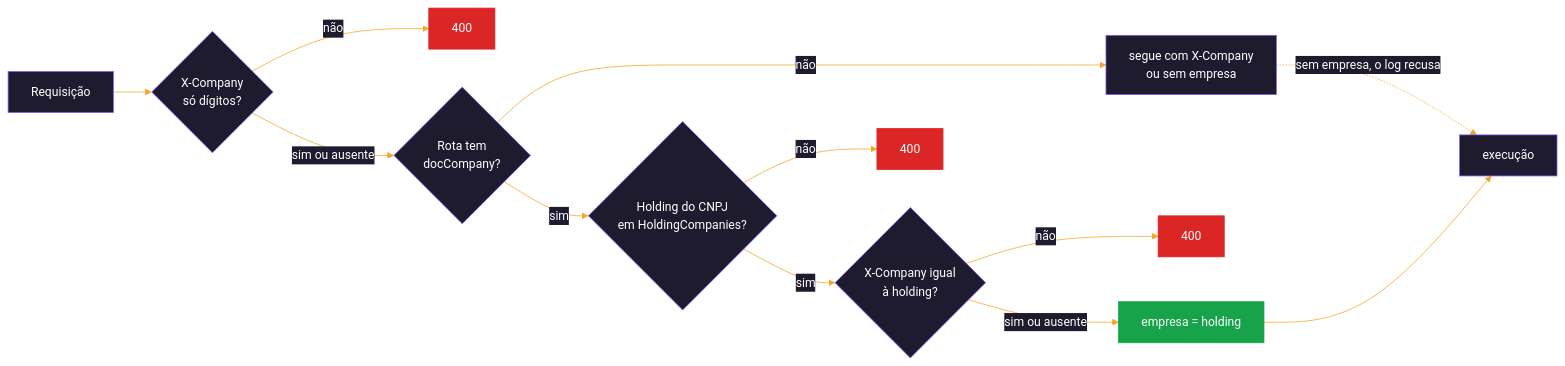
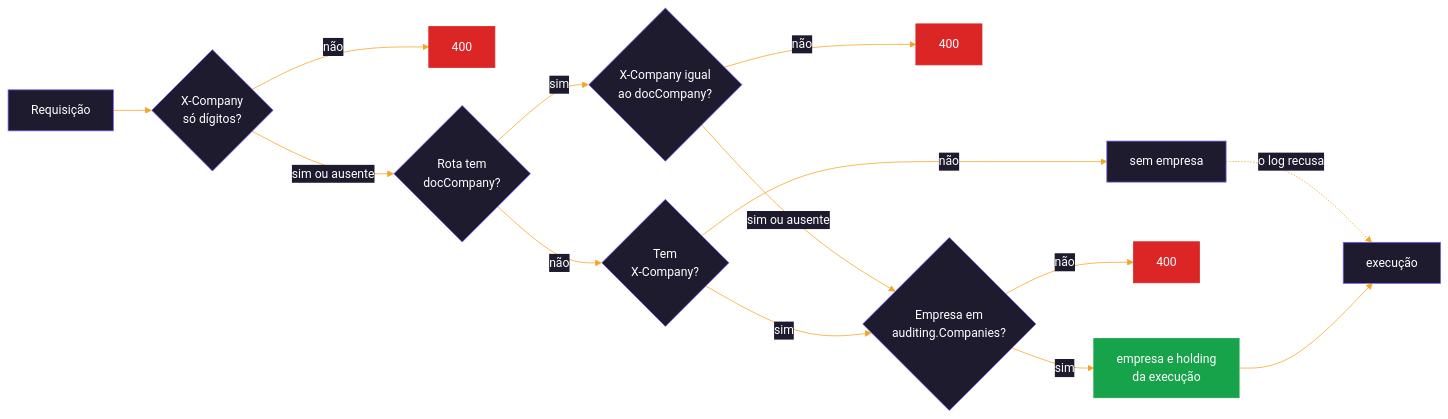
Before and after one commit to cayo-kume/extract-transform-load-integrations-system: the seventh of 11 diagrams in README.md, drawn with Mermaid. The commit also changed other lines of this file and 121 other files, not shown here.

````diff
--- a/README.md
+++ b/README.md
@@ -352,20 +355,22 @@
 ```mermaid
 %%{init: {'theme':'base','themeVariables':{'primaryColor':'#1e1b2e','primaryTextColor':'#ffffff','primaryBorderColor':'#7c5cff','lineColor':'#f5a524','textColor':'#1e1b2e','clusterBkg':'#f5f3ff','clusterBorder':'#7c5cff','titleColor':'#1e1b2e','edgeLabelBackground':'#1e1b2e'}}}%%
 flowchart LR
     R["Requisição"] --> X{"X-Company<br/>só dígitos?"}
     X -- não --> B1["400"]
     X -- "sim ou ausente" --> D{"Rota tem<br/>docCompany?"}
-    D -- não --> N["segue com X-Company<br/>ou sem empresa"]
-    D -- sim --> H{"Holding do CNPJ<br/>em HoldingCompanies?"}
+    D -- não --> N{"Tem<br/>X-Company?"}
+    D -- sim --> M{"X-Company igual<br/>ao docCompany?"}
+    M -- não --> B3["400"]
+    M -- "sim ou ausente" --> H{"Empresa em<br/>auditing.Companies?"}
+    N -- sim --> H
+    N -- não --> SEM["sem empresa"]
     H -- não --> B2["400"]
-    H -- sim --> M{"X-Company igual<br/>à holding?"}
-    M -- não --> B3["400"]
-    M -- "sim ou ausente" --> OK["empresa = holding"]
-    N -. "sem empresa, o log recusa" .-> FIM["execução"]
+    H -- sim --> OK["empresa e holding<br/>da execução"]
+    SEM -. "o log recusa" .-> FIM["execução"]
     OK --> FIM
 
     classDef ok fill:#16a34a,stroke:#16a34a,color:#ffffff
     classDef err fill:#dc2626,stroke:#dc2626,color:#ffffff
     class OK ok
     class B1,B2,B3 err
 ```
````
